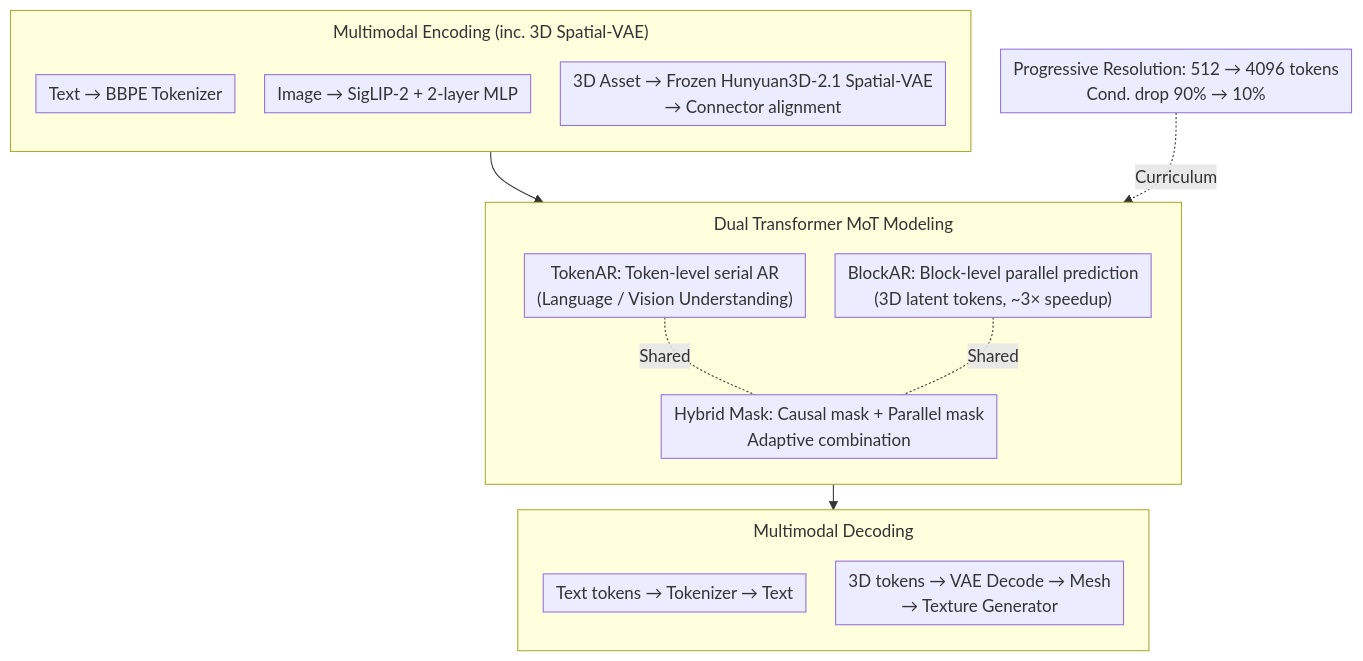
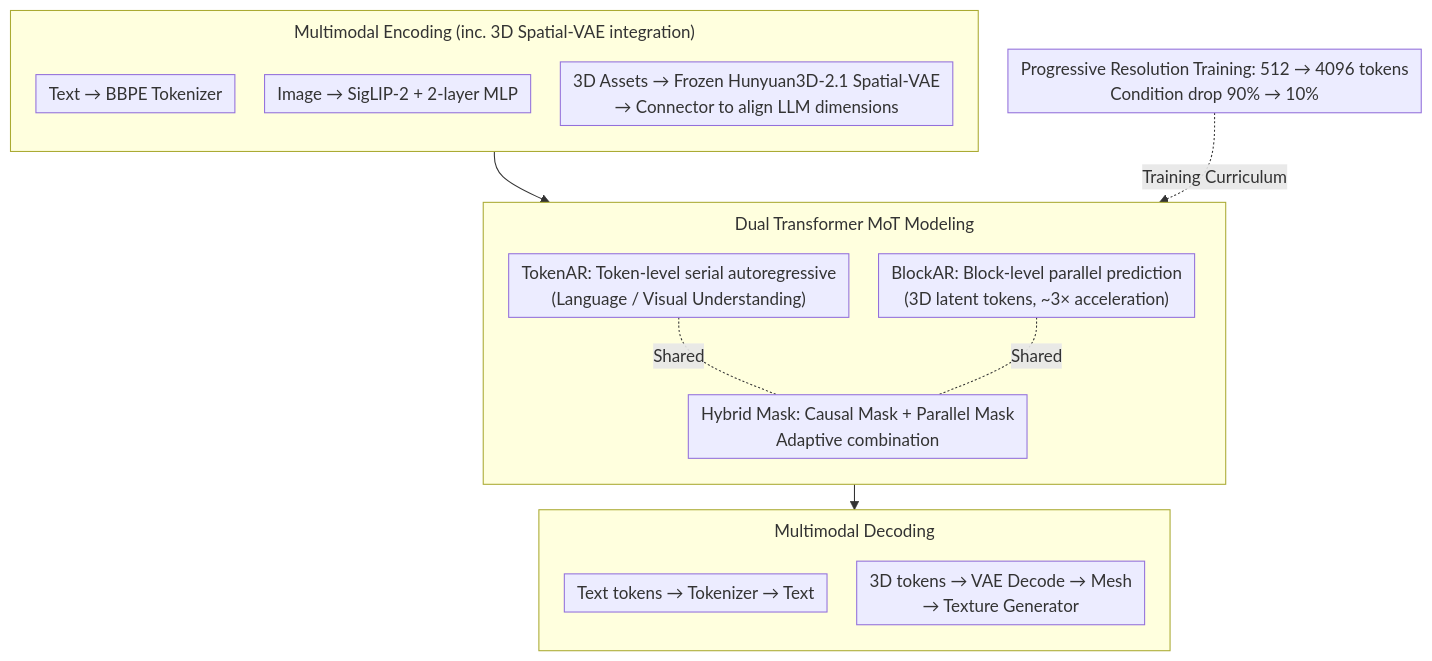
The diagram in docs/ICML2026/multimodal_vlm/cg-mllm_captioning_and_generating_3d_content_via_multi-modal_large_language_mode.md (zhaoyang97/Paper-Notes-en), drawn with Mermaid before and after one commit. The commit also changed other lines of this file and 5084 other files, not shown here.

````diff
--- a/docs/ICML2026/multimodal_vlm/cg-mllm_captioning_and_generating_3d_content_via_multi-modal_large_language_mode.md
+++ b/docs/ICML2026/multimodal_vlm/cg-mllm_captioning_and_generating_3d_content_via_multi-modal_large_language_mode.md
@@ -44,25 +44,25 @@
 ```mermaid
 %%{init: {'flowchart': {'rankSpacing': 24, 'nodeSpacing': 28, 'padding': 6, 'wrappingWidth': 400, 'subGraphTitleMargin': {'top': 8, 'bottom': 16}}}}%%
 flowchart TD
-    subgraph ENC["Multimodal Encoding (inc. 3D Spatial-VAE)"]
+    subgraph ENC["Multimodal Encoding (inc. 3D Spatial-VAE integration)"]
         direction TB
         T["Text → BBPE Tokenizer"]
         I["Image → SigLIP-2 + 2-layer MLP"]
-        D["3D Asset → Frozen Hunyuan3D-2.1 Spatial-VAE<br/>→ Connector alignment"]
+        D["3D Assets → Frozen Hunyuan3D-2.1 Spatial-VAE<br/>→ Connector to align LLM dimensions"]
     end
     subgraph MOT["Dual Transformer MoT Modeling"]
         direction TB
-        TA["TokenAR: Token-level serial AR<br/>(Language / Vision Understanding)"]
-        BA["BlockAR: Block-level parallel prediction<br/>(3D latent tokens, ~3× speedup)"]
-        MASK["Hybrid Mask: Causal mask + Parallel mask<br/>Adaptive combination"]
+        TA["TokenAR: Token-level serial autoregressive<br/>(Language / Visual Understanding)"]
+        BA["BlockAR: Block-level parallel prediction<br/>(3D latent tokens, ~3× acceleration)"]
+        MASK["Hybrid Mask: Causal Mask + Parallel Mask<br/>Adaptive combination"]
         TA -.Shared.- MASK
         BA -.Shared.- MASK
     end
     subgraph DEC["Multimodal Decoding"]
         direction TB
         TXT["Text tokens → Tokenizer → Text"]
         M3D["3D tokens → VAE Decode → Mesh<br/>→ Texture Generator"]
     end
     ENC --> MOT --> DEC
-    TRAIN["Progressive Resolution: 512 → 4096 tokens<br/>Cond. drop 90% → 10%"] -.Curriculum.-> MOT
+    TRAIN["Progressive Resolution Training: 512 → 4096 tokens<br/>Condition drop 90% → 10%"] -.Training Curriculum.-> MOT
 ```
````
